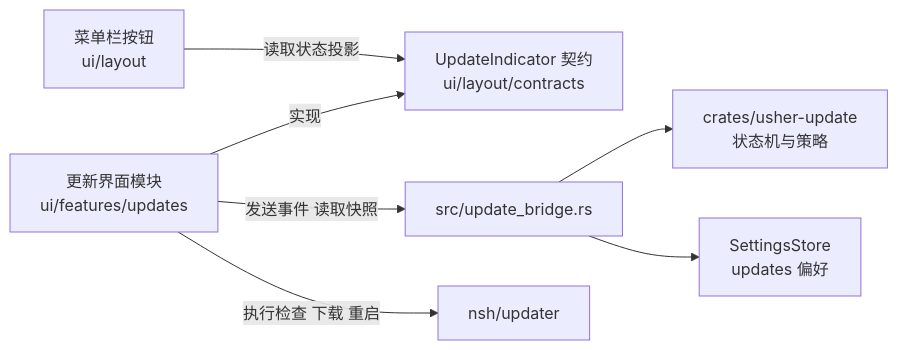
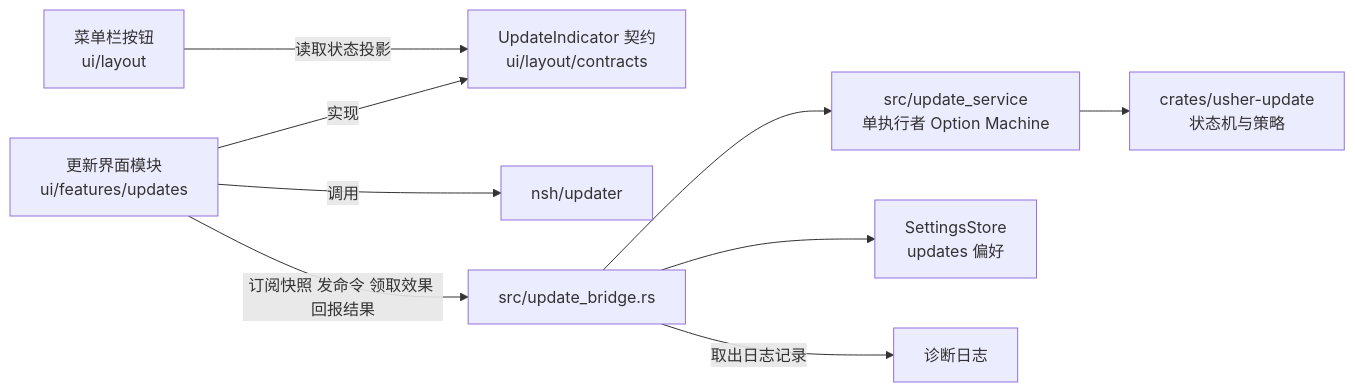
One commit to tianlai10000000/usher-nsh changed the diagram in docs/update.md. Above: the diagram before and after it, drawn with Mermaid. The commit also changed other lines of this file and 72 other files, not shown here.

````diff
--- a/docs/update.md
+++ b/docs/update.md
@@ -204,9 +208,11 @@
 ```mermaid
 flowchart LR
     Rail[菜单栏按钮<br/>ui/layout] -->|读取状态投影| Contract[UpdateIndicator 契约<br/>ui/layout/contracts]
     Module[更新界面模块<br/>ui/features/updates] -->|实现| Contract
-    Module -->|发送事件 读取快照| Bridge[src/update_bridge.rs]
-    Bridge --> Crate[crates/usher-update<br/>状态机与策略]
-    Module -->|执行检查 下载 重启| NSH[nsh/updater]
+    Module -->|调用| NSH[nsh/updater]
+    Module -->|订阅快照 发命令 领取效果 回报结果| Bridge[src/update_bridge.rs]
+    Bridge --> Service[src/update_service<br/>单执行者 Option Machine]
+    Service --> Crate[crates/usher-update<br/>状态机与策略]
     Bridge --> Settings[SettingsStore<br/>updates 偏好]
+    Bridge -->|取出日志记录| Log[诊断日志]
 ```
````
